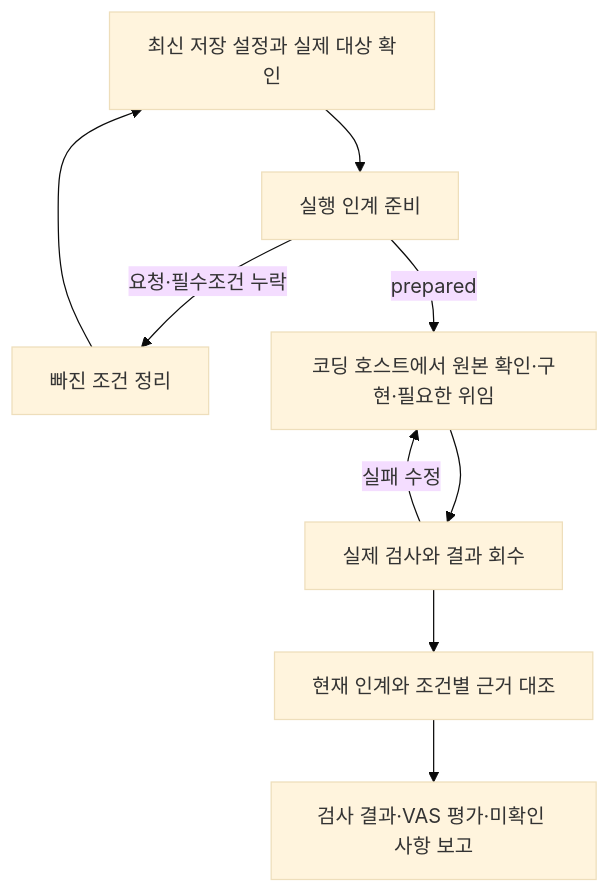
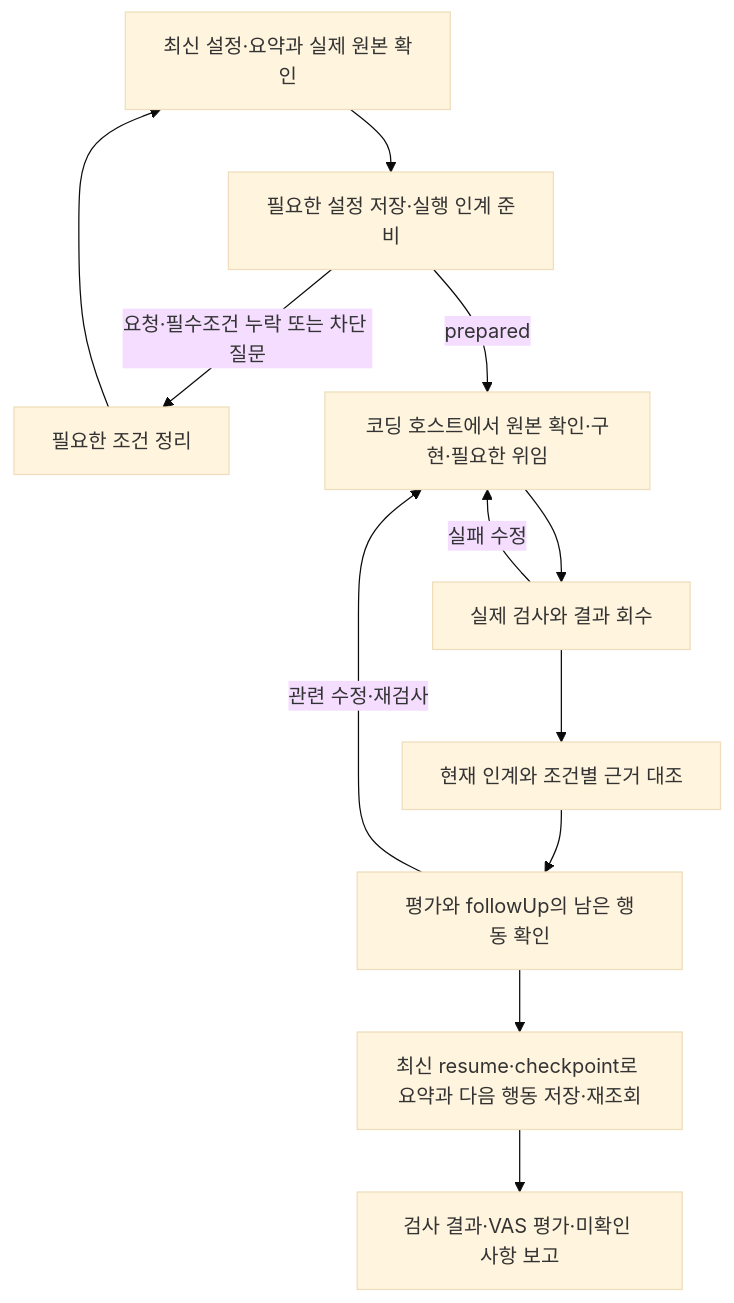
The diagram in docs/CHAT-EXECUTION.md (zmsqnfl-commits/quintpact-vas), drawn with Mermaid (base theme) before and after one commit. The commit also changed other lines of this file and 88 other files, not shown here.

Commit message:
Release VAS 2.10.0: connect agent progress, work evidence and follow-up

````diff
--- a/docs/CHAT-EXECUTION.md
+++ b/docs/CHAT-EXECUTION.md
@@ -18,11 +19,14 @@
 ```mermaid
 flowchart TD
-  S[최신 저장 설정과 실제 대상 확인] --> P[실행 인계 준비]
-  P -->|요청·필수조건 누락| Q[빠진 조건 정리]
+  S[최신 설정·요약과 실제 원본 확인] --> P[필요한 설정 저장·실행 인계 준비]
+  P -->|요청·필수조건 누락 또는 차단 질문| Q[필요한 조건 정리]
   Q --> S
   P -->|prepared| B[코딩 호스트에서 원본 확인·구현·필요한 위임]
   B --> T[실제 검사와 결과 회수]
   T -->|실패 수정| B
   T --> A[현재 인계와 조건별 근거 대조]
-  A --> R[검사 결과·VAS 평가·미확인 사항 보고]
+  A --> F[평가와 followUp의 남은 행동 확인]
+  F -->|관련 수정·재검사| B
+  F --> U[최신 resume·checkpoint로 요약과 다음 행동 저장·재조회]
+  U --> R[검사 결과·VAS 평가·미확인 사항 보고]
 ```
````
